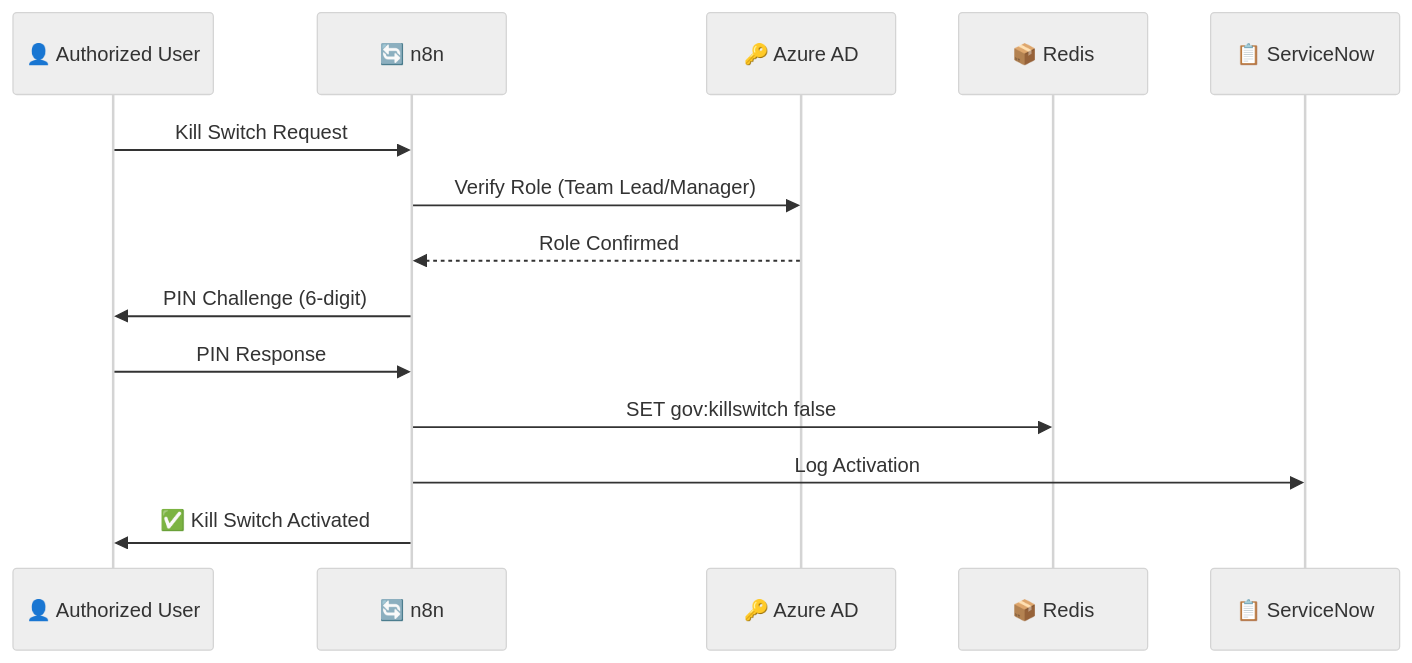
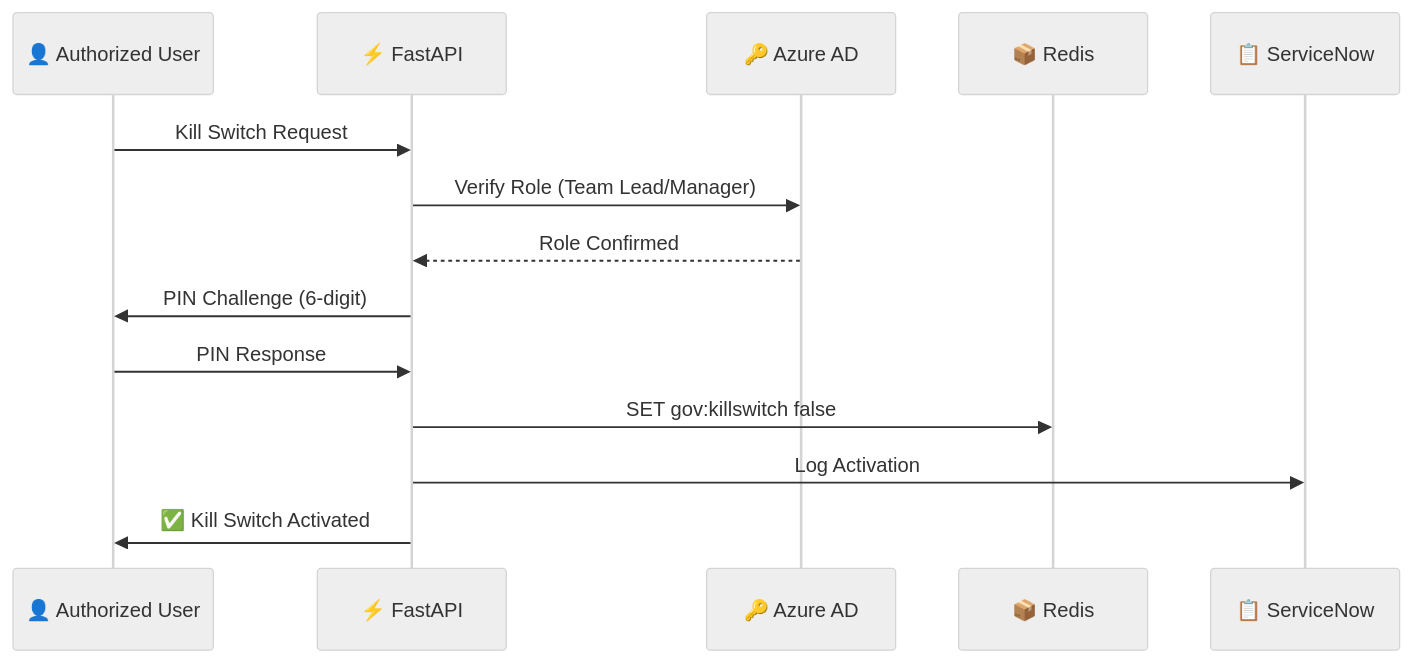
Before and after one commit to maniltns/AEGIS: the fifth of 6 diagrams in docs/TAD.md, drawn with Mermaid (neutral theme). The commit also changed other lines of this file and 14 other files, not shown here.

Commit message:
docs: Add comprehensive documentation for AEGIS architecture, demo, setup, and executive insights, and update contributing guidelines for the Python/CrewAI agent stack.

````diff
--- a/docs/TAD.md
+++ b/docs/TAD.md
@@ -319,17 +324,17 @@
 ```mermaid
 sequenceDiagram
     participant User as 👤 Authorized User
-    participant N8N as 🔄 n8n
+    participant API as ⚡ FastAPI
     participant AAD as 🔑 Azure AD
     participant Redis as 📦 Redis
     participant SNOW as 📋 ServiceNow
 
-    User->>N8N: Kill Switch Request
-    N8N->>AAD: Verify Role (Team Lead/Manager)
-    AAD-->>N8N: Role Confirmed
-    N8N->>User: PIN Challenge (6-digit)
-    User->>N8N: PIN Response
-    N8N->>Redis: SET gov:killswitch false
-    N8N->>SNOW: Log Activation
-    N8N->>User: ✅ Kill Switch Activated
+    User->>API: Kill Switch Request
+    API->>AAD: Verify Role (Team Lead/Manager)
+    AAD-->>API: Role Confirmed
+    API->>User: PIN Challenge (6-digit)
+    User->>API: PIN Response
+    API->>Redis: SET gov:killswitch false
+    API->>SNOW: Log Activation
+    API->>User: ✅ Kill Switch Activated
 ```
````
